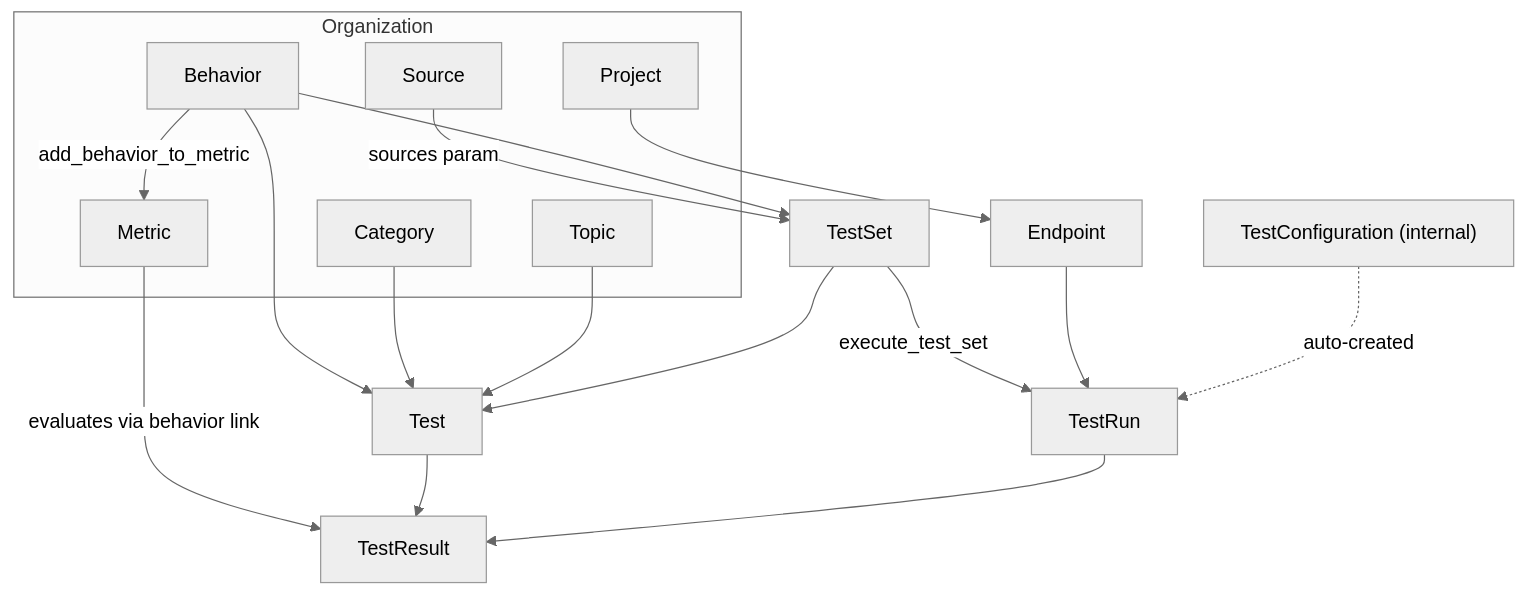
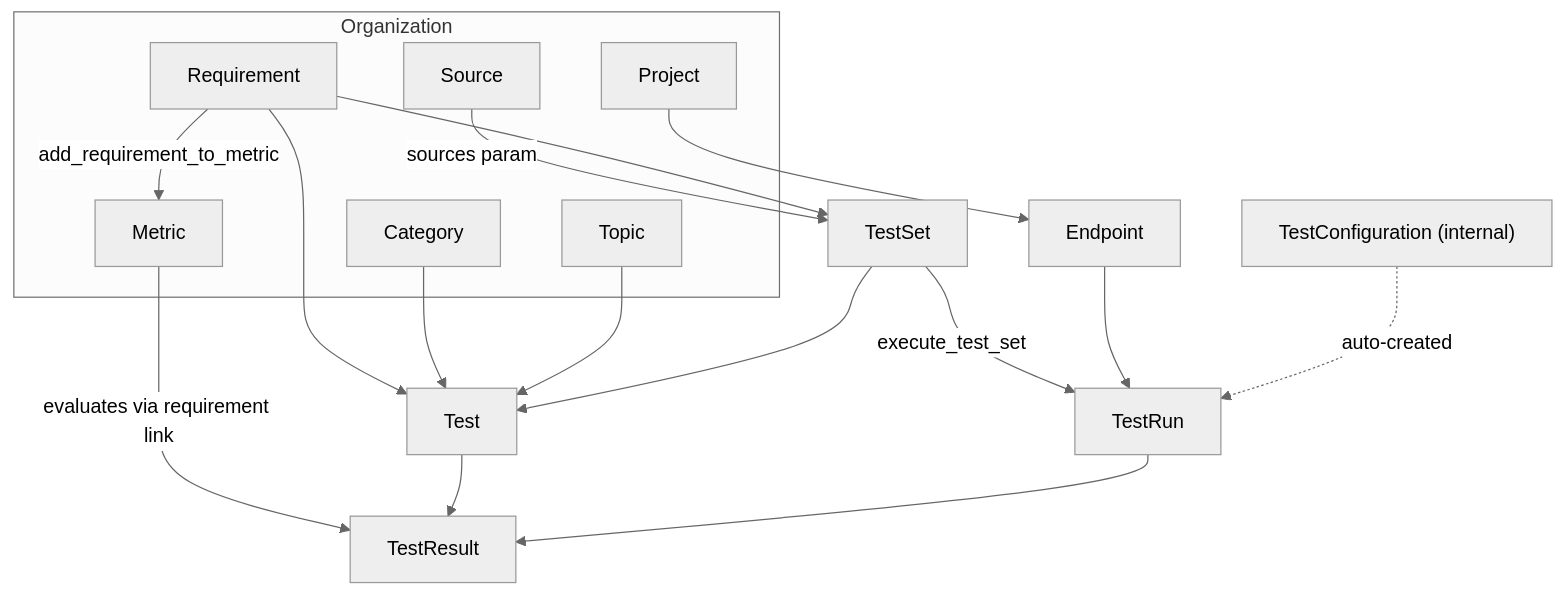
Before and after one commit to rhesis-ai/rhesis: the diagram in skills/rhesis/references/entity-model.md, drawn with Mermaid (neutral theme). The commit also changed other lines of this file and 211 other files, not shown here.

````diff
--- a/skills/rhesis/references/entity-model.md
+++ b/skills/rhesis/references/entity-model.md
@@ -11,26 +11,26 @@
 ```mermaid
 flowchart TB
   subgraph org [Organization]
     Project
-    Behavior
+    Requirement
     Metric
     Source
     Category
     Topic
   end
 
   Project --> Endpoint
-  Behavior -->|"add_behavior_to_metric"| Metric
-  Behavior --> Test
+  Requirement -->|"add_requirement_to_metric"| Metric
+  Requirement --> Test
   Category --> Test
   Topic --> Test
   Source -->|"sources param"| TestSet
-  Behavior --> TestSet
+  Requirement --> TestSet
   TestSet --> Test
   TestSet -->|"execute_test_set"| TestRun
   Endpoint --> TestRun
-  Metric -->|"evaluates via behavior link"| TestResult
+  Metric -->|"evaluates via requirement link"| TestResult
   Test --> TestResult
   TestRun --> TestResult
   TestConfiguration["TestConfiguration (internal)"] -.->|"auto-created"| TestRun
 ```
````
